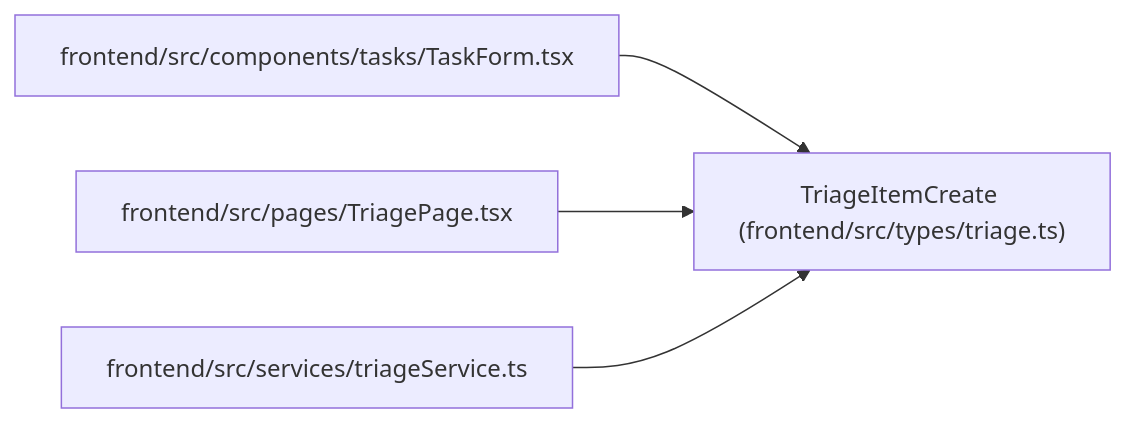
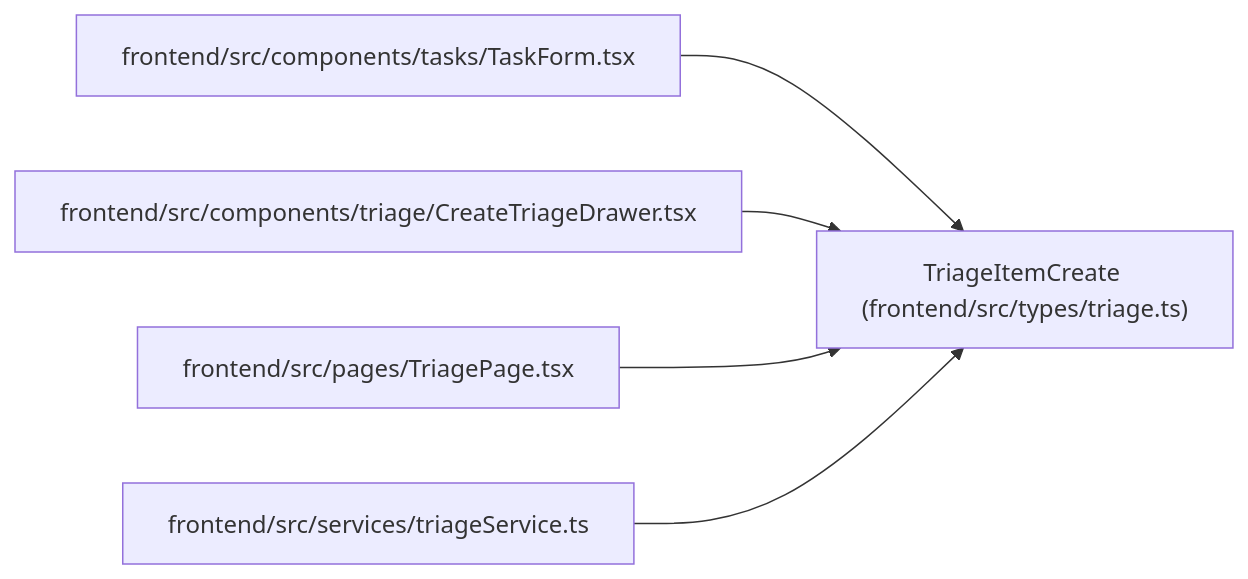
One commit to Denissvgn/WorkChord changed the diagram in docs/llm_wiki/entities/types_triage_TriageItemCreate.md. Above: the diagram before and after it, drawn with Mermaid. The commit also changed other lines of this file and 2373 other files, not shown here.

````diff
--- a/docs/llm_wiki/entities/types_triage_TriageItemCreate.md
+++ b/docs/llm_wiki/entities/types_triage_TriageItemCreate.md
@@ -35,14 +35,17 @@
 ```mermaid
 flowchart LR
     n0["TriageItemCreate (frontend/src/types/triage.ts)"]
     n1["frontend/src/components/tasks/TaskForm.tsx"]
-    n2["frontend/src/pages/TriagePage.tsx"]
-    n3["frontend/src/services/triageService.ts"]
+    n2["frontend/src/components/triage/CreateTriageDrawer.tsx"]
+    n3["frontend/src/pages/TriagePage.tsx"]
+    n4["frontend/src/services/triageService.ts"]
     n1 --> n0
     n2 --> n0
     n3 --> n0
+    n4 --> n0
     click n0 "../modules/types_triage.md"
     click n1 "../modules/TaskForm.md"
-    click n2 "../modules/TriagePage.md"
-    click n3 "../modules/triageService.md"
+    click n2 "../modules/CreateTriageDrawer.md"
+    click n3 "../modules/TriagePage.md"
+    click n4 "../modules/triageService.md"
 ```
````
